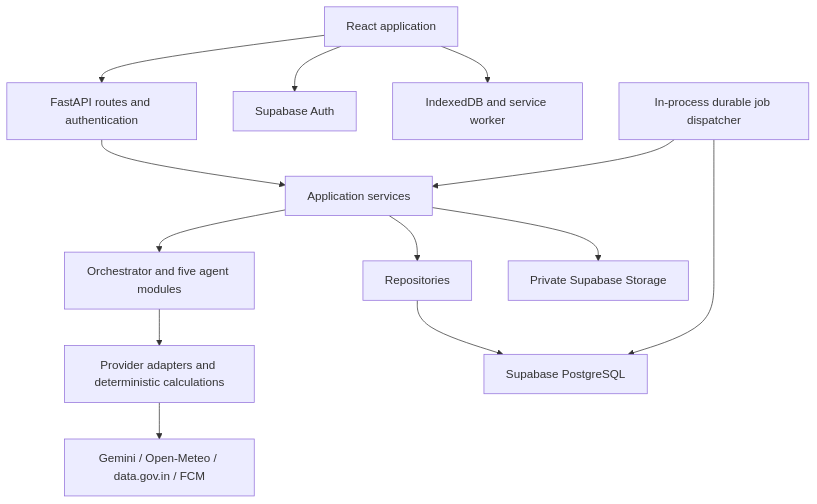
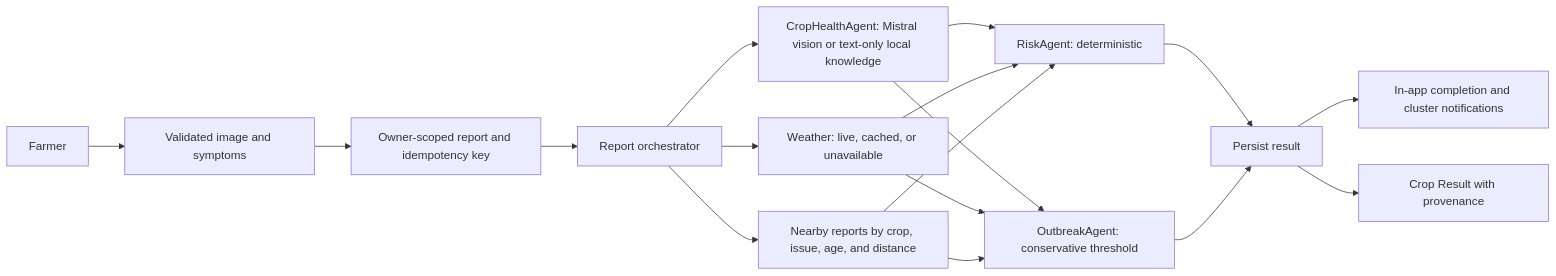
Before and after one commit to shreekar2021-cbx/AgentX: the diagram in ARCHITECTURE.md, drawn with Mermaid. The commit also changed other lines of this file and 189 other files, not shown here.

````diff
--- a/ARCHITECTURE.md
+++ b/ARCHITECTURE.md
@@ -25,15 +11,19 @@
 ```mermaid
-flowchart TD
-    UI[React application] --> API[FastAPI routes and authentication]
-    UI --> AUTH[Supabase Auth]
-    UI --> LOCAL[IndexedDB and service worker]
-    API --> SVC[Application services]
-    SVC --> AGENTS[Orchestrator and five agent modules]
-    SVC --> REPO[Repositories]
-    AGENTS --> ADAPTERS[Provider adapters and deterministic calculations]
-    REPO --> DB[Supabase PostgreSQL]
-    SVC --> STORAGE[Private Supabase Storage]
-    ADAPTERS --> EXT[Gemini / Open-Meteo / data.gov.in / FCM]
-    JOBS[In-process durable job dispatcher] --> SVC
-    JOBS --> DB
+flowchart LR
+  Farmer --> Upload[Validated image and symptoms]
+  Upload --> Report[Owner-scoped report and idempotency key]
+  Report --> O[Report orchestrator]
+  O --> W[Weather: live, cached, or unavailable]
+  O --> C[CropHealthAgent: Mistral vision or text-only local knowledge]
+  O --> N[Nearby reports by crop, issue, age, and distance]
+  C --> R[RiskAgent: deterministic]
+  W --> R
+  N --> R
+  C --> B[OutbreakAgent: conservative threshold]
+  W --> B
+  N --> B
+  R --> P[Persist result]
+  B --> P
+  P --> A[In-app completion and cluster notifications]
+  P --> UI[Crop Result with provenance]
 ```
````
